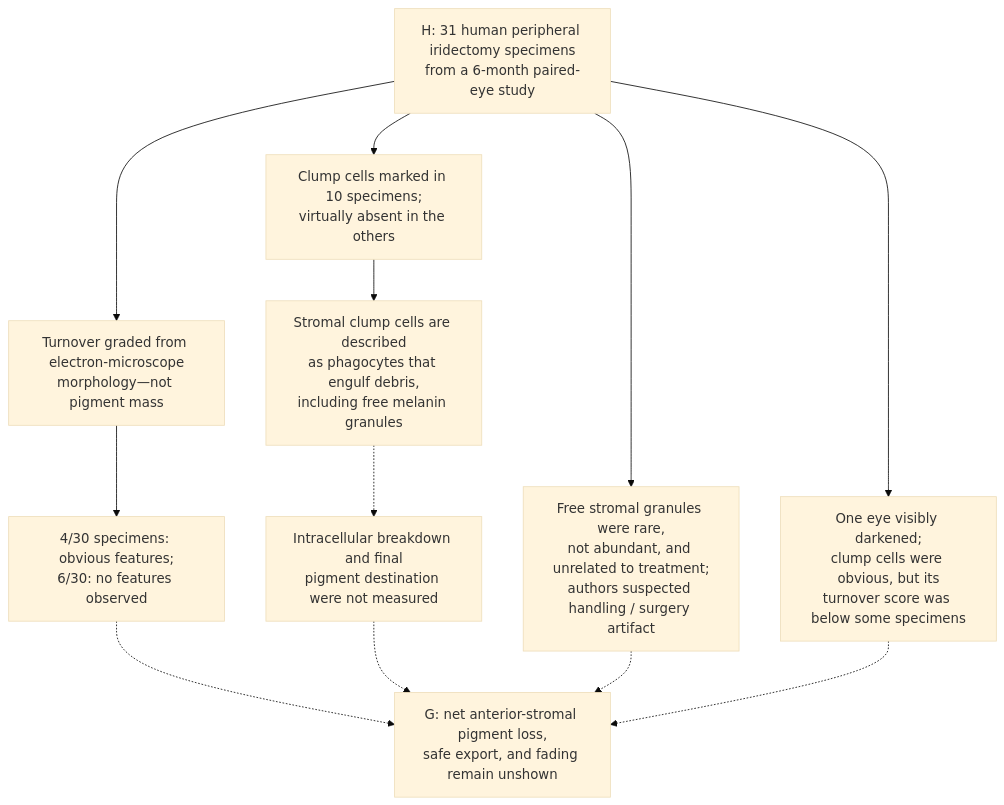
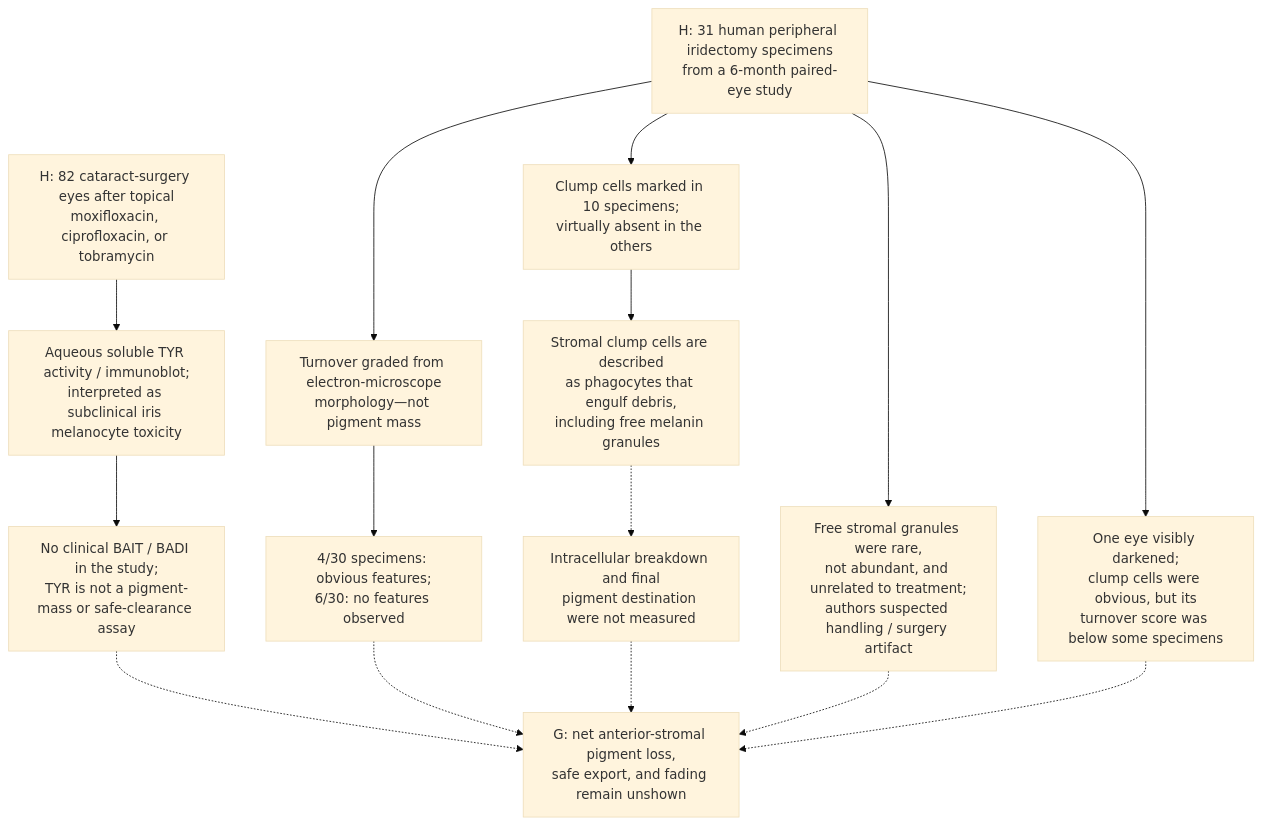
Diagram 20 of 42 in research/tissue-pigment-atlas.md (dylanstechmann/iris-color-without-contacts), drawn with Mermaid (base theme) before and after one commit. The commit also changed other lines of this file, not shown here.

Commit message:
Map injury-associated iris pigment release separately from clearance

````diff
--- a/research/tissue-pigment-atlas.md
+++ b/research/tissue-pigment-atlas.md
@@ -649,14 +649,17 @@
 ```mermaid
 flowchart TD
     H["H: 31 human peripheral iridectomy specimens<br/>from a 6-month paired-eye study"] --> T["Turnover graded from electron-microscope<br/>morphology—not pigment mass"]
     T --> T1["4/30 specimens: obvious features;<br/>6/30: no features observed"]
     H --> C["Clump cells marked in 10 specimens;<br/>virtually absent in the others"]
     C --> F["Stromal clump cells are described<br/>as phagocytes that engulf debris,<br/>including free melanin granules"]
     F -.-> D["Intracellular breakdown and final<br/>pigment destination were not measured"]
     H --> R["Free stromal granules were rare,<br/>not abundant, and unrelated to treatment;<br/>authors suspected handling / surgery artifact"]
     H --> X["One eye visibly darkened;<br/>clump cells were obvious, but its<br/>turnover score was below some specimens"]
+    Q["H: 82 cataract-surgery eyes after topical<br/>moxifloxacin, ciprofloxacin, or tobramycin"] --> Q1["Aqueous soluble TYR activity / immunoblot;<br/>interpreted as subclinical iris melanocyte toxicity"]
+    Q1 --> Q2["No clinical BAIT / BADI in the study;<br/>TYR is not a pigment-mass or safe-clearance assay"]
+    Q2 -.-> G
     T1 -.-> G["G: net anterior-stromal pigment loss,<br/>safe export, and fading remain unshown"]
     D -.-> G
     R -.-> G
     X -.-> G
 ```
````
